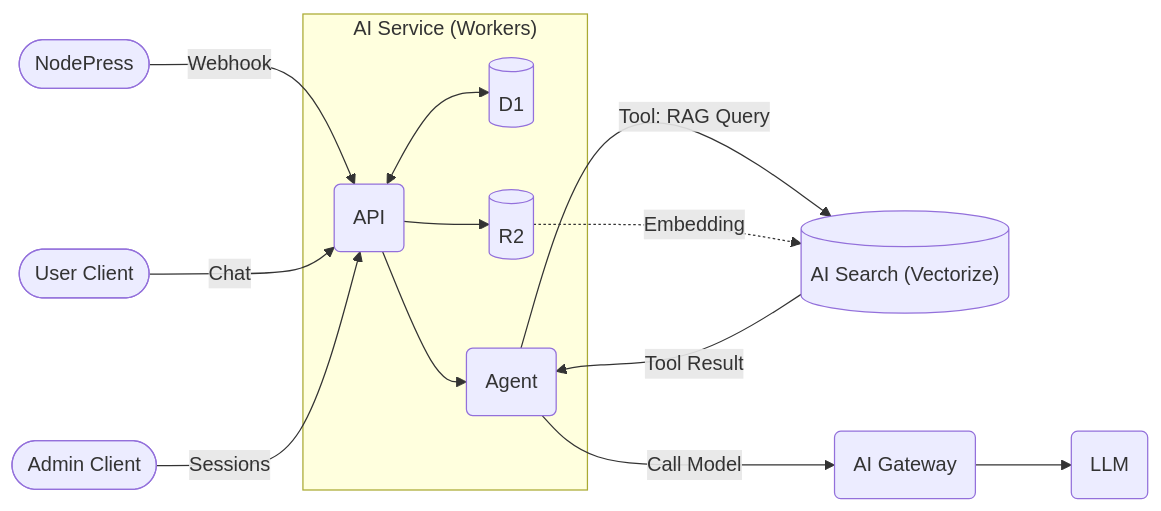
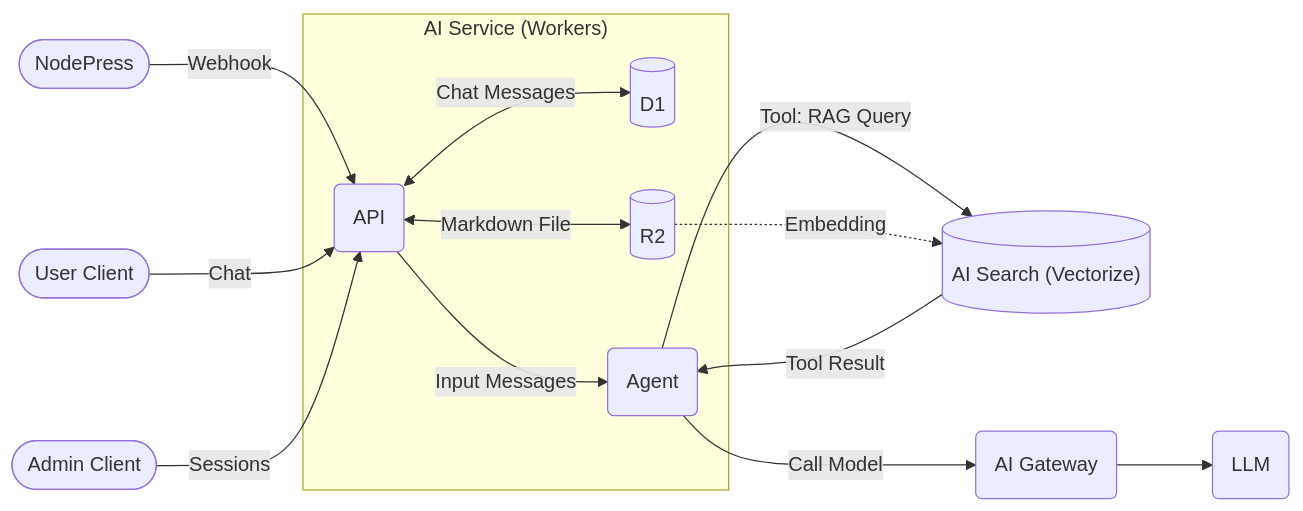
Before and after one commit to surmon-china/surmon.me.ai: the first of 5 diagrams in ARCHITECTURE.zh-CN.md, drawn with Mermaid.

````diff
--- a/ARCHITECTURE.zh-CN.md
+++ b/ARCHITECTURE.zh-CN.md
@@ -13,18 +13,18 @@
 ```mermaid
 flowchart LR
     NodePress(["NodePress"]) --> |"Webhook"| API("API")
     User(["User Client"]) --> |"Chat"| API
     Admin(["Admin Client"]) --> |"Sessions"| API
 
     subgraph AIService ["AI Service (Workers)"]
-        API <--> D1[("D1")]
-        API --> Agent("Agent")
-        API --> R2[("R2")]
+        API <--> |"Chat Messages"| D1[("D1")]
+        API --> |"Input Messages"| Agent("Agent")
+        API <--> |"Markdown File"| R2[("R2")]
     end
 
     Agent --> |"Tool: RAG Query"| AISearch[("AI Search (Vectorize)")]
     Agent --> |"Call Model"| Gateway("AI Gateway")
     R2 -.-> |"Embedding"| AISearch
     AISearch --> |"Tool Result"| Agent
     Gateway --> LLM("LLM")
 ```
````
